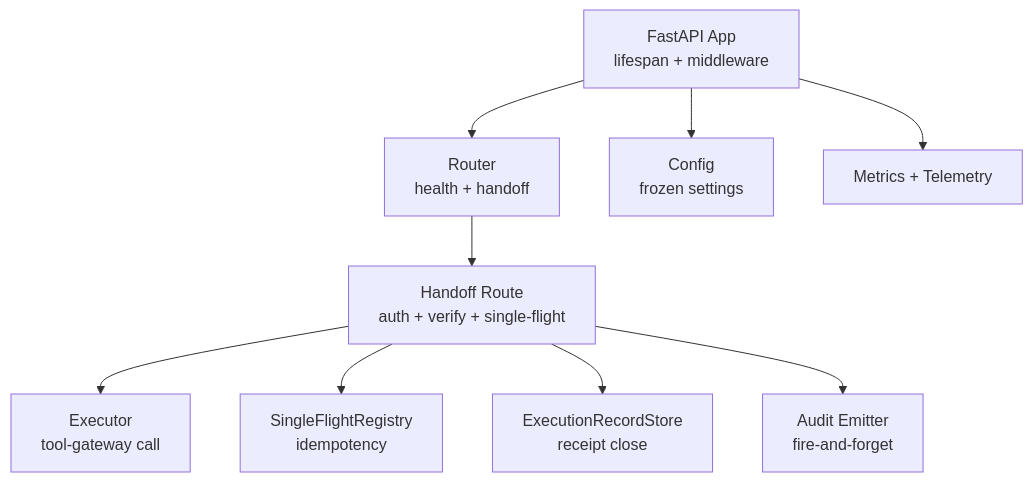
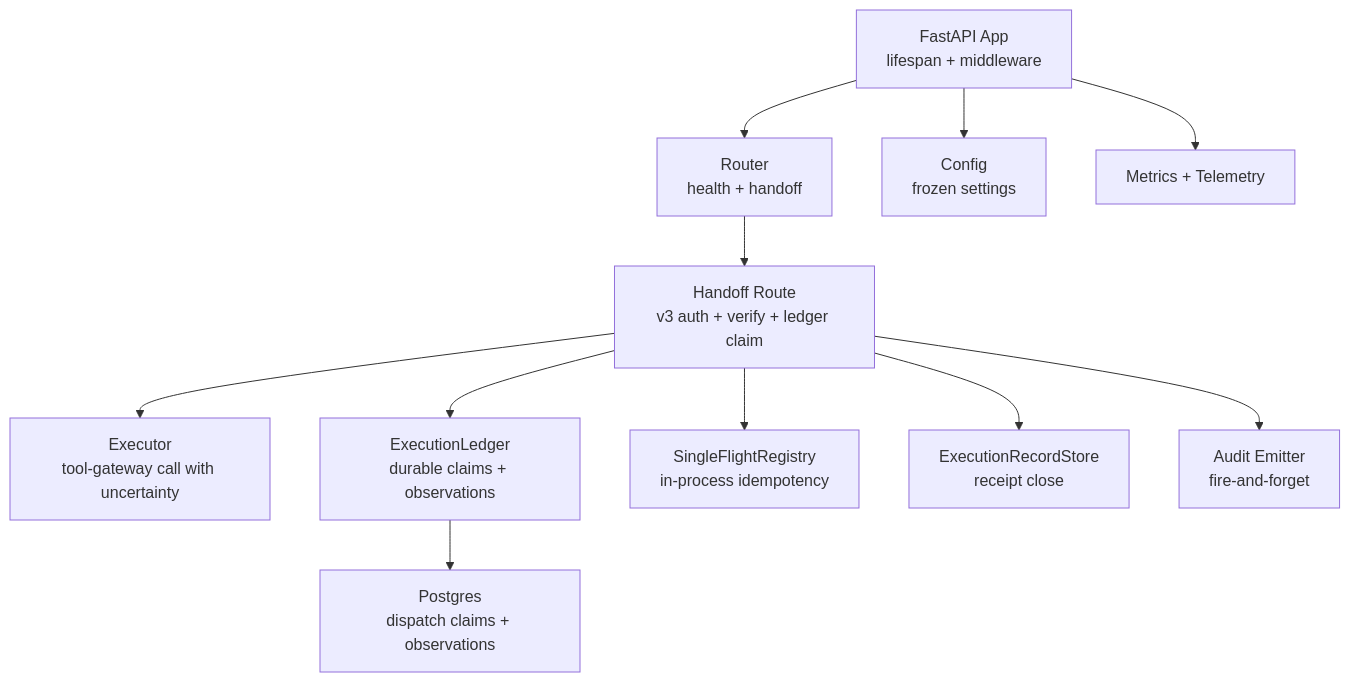
One commit to metasync/luban-aiops changed the first of 9 diagrams in .qoder/repowiki/en/content/Core Services/Execution Runtime.md. Above: the diagram before and after it, drawn with Mermaid. The commit also changed other lines of this file and 19 other files, not shown here.

Commit message:
docs: refresh repowiki knowledge cache (SPEC-063 durable execution, v0.43.0)

````diff
--- a/.qoder/repowiki/en/content/Core Services/Execution Runtime.md
+++ b/.qoder/repowiki/en/content/Core Services/Execution Runtime.md
@@ -52,11 +69,13 @@
 ```mermaid
 graph TB
 A["FastAPI App<br/>lifespan + middleware"] --> B["Router<br/>health + handoff"]
-B --> C["Handoff Route<br/>auth + verify + single-flight"]
-C --> D["Executor<br/>tool-gateway call"]
-C --> E["SingleFlightRegistry<br/>idempotency"]
-C --> F["ExecutionRecordStore<br/>receipt close"]
-C --> G["Audit Emitter<br/>fire-and-forget"]
-A --> H["Config<br/>frozen settings"]
-A --> I["Metrics + Telemetry"]
+B --> C["Handoff Route<br/>v3 auth + verify + ledger claim"]
+C --> D["Executor<br/>tool-gateway call with uncertainty"]
+C --> E["ExecutionLedger<br/>durable claims + observations"]
+C --> F["SingleFlightRegistry<br/>in-process idempotency"]
+C --> G["ExecutionRecordStore<br/>receipt close"]
+C --> H["Audit Emitter<br/>fire-and-forget"]
+A --> I["Config<br/>frozen settings"]
+A --> J["Metrics + Telemetry"]
+E --> K["Postgres<br/>dispatch claims + observations"]
 ```
````
